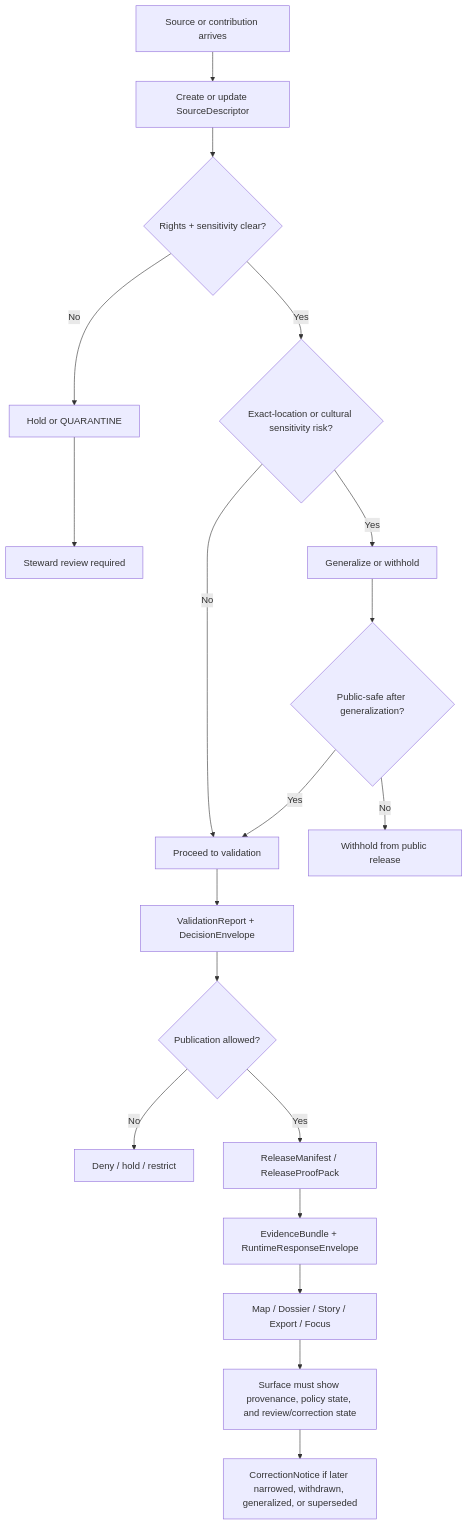
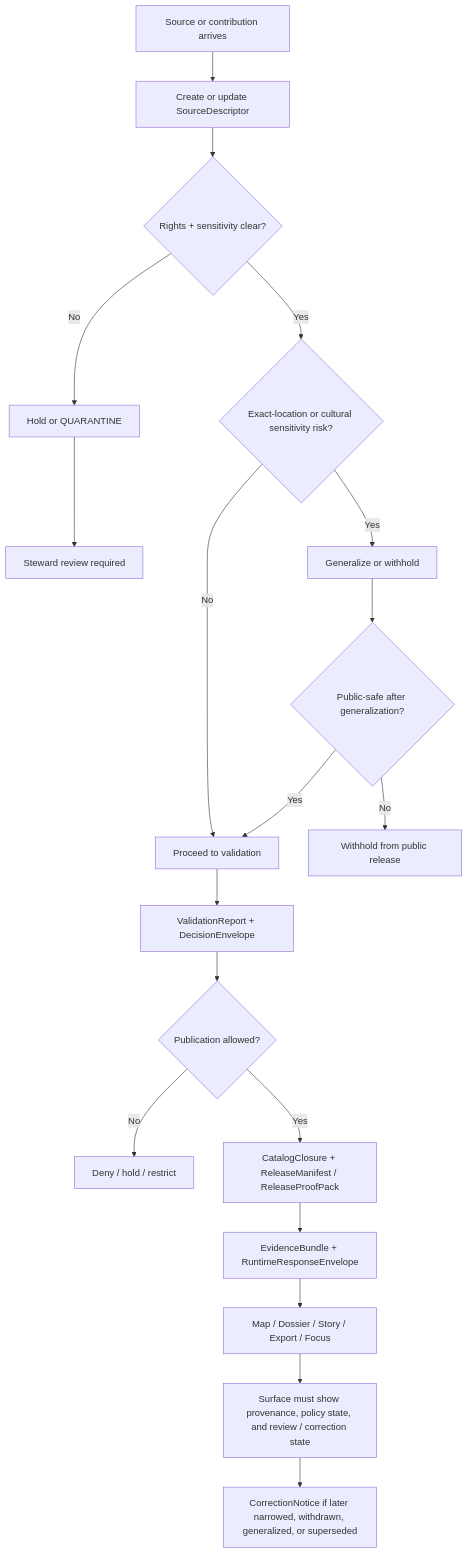
One commit to bartytime4life/Kansas-Frontier-Matrix changed the diagram in docs/standards/sovereignty/INDIGENOUS-DATA-PROTECTION.md. Above: the diagram before and after it, drawn with Mermaid. The commit also changed other lines of this file, not shown here.

````diff
--- a/docs/standards/sovereignty/INDIGENOUS-DATA-PROTECTION.md
+++ b/docs/standards/sovereignty/INDIGENOUS-DATA-PROTECTION.md
@@ -152,28 +183,28 @@
 ```mermaid
 flowchart TD
     A[Source or contribution arrives] --> B[Create or update SourceDescriptor]
     B --> C{Rights + sensitivity clear?}
 
     C -- No --> Q[Hold or QUARANTINE]
     Q --> R[Steward review required]
 
     C -- Yes --> D{Exact-location or cultural sensitivity risk?}
     D -- Yes --> E[Generalize or withhold]
     D -- No --> F[Proceed to validation]
 
     E --> G{Public-safe after generalization?}
     G -- No --> H[Withhold from public release]
     G -- Yes --> F
 
     F --> I[ValidationReport + DecisionEnvelope]
     I --> J{Publication allowed?}
 
     J -- No --> K[Deny / hold / restrict]
-    J -- Yes --> L[ReleaseManifest / ReleaseProofPack]
+    J -- Yes --> L[CatalogClosure + ReleaseManifest / ReleaseProofPack]
 
     L --> M[EvidenceBundle + RuntimeResponseEnvelope]
     M --> N[Map / Dossier / Story / Export / Focus]
 
-    N --> O[Surface must show provenance, policy state, and review/correction state]
+    N --> O[Surface must show provenance, policy state, and review / correction state]
     O --> P[CorrectionNotice if later narrowed, withdrawn, generalized, or superseded]
 ```
````
